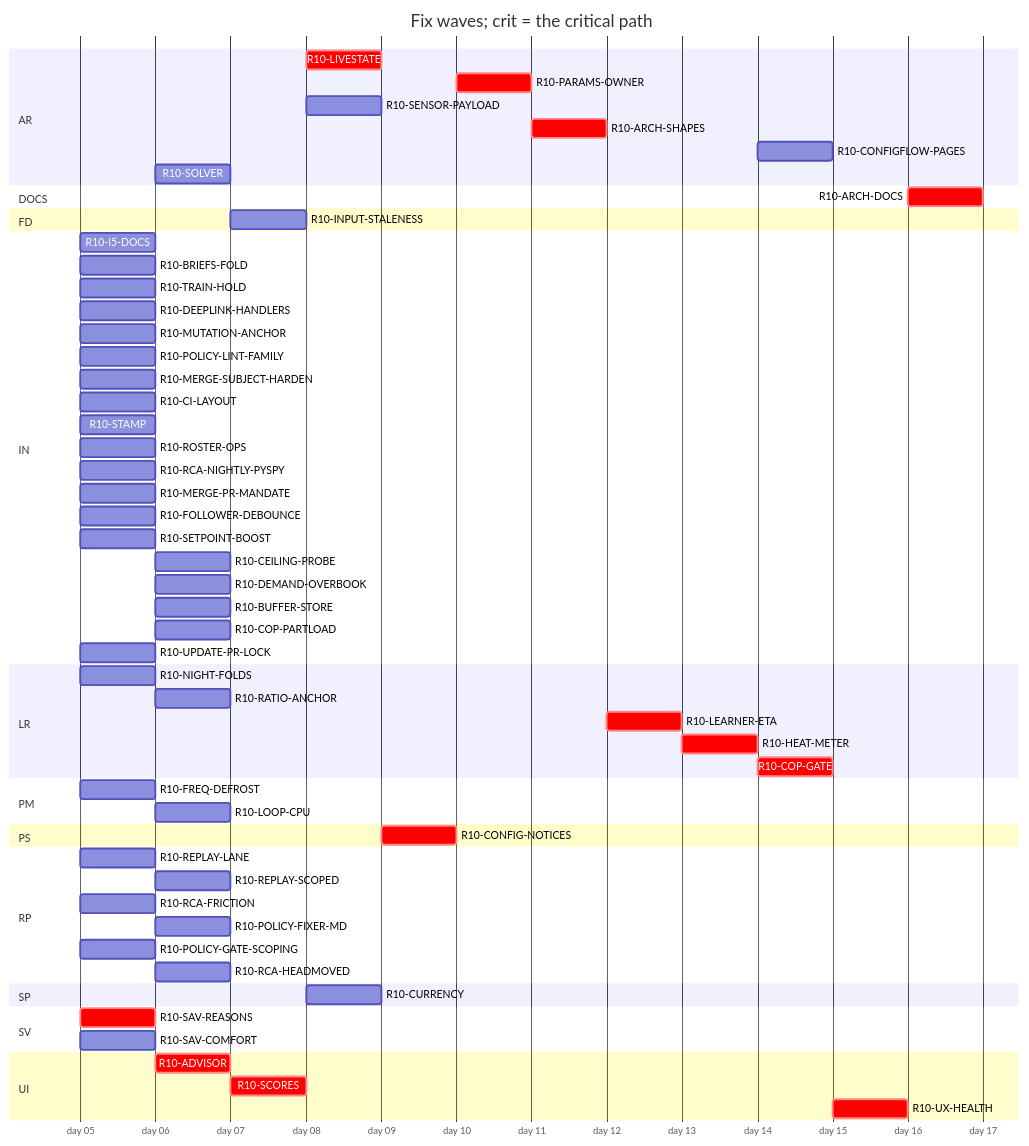
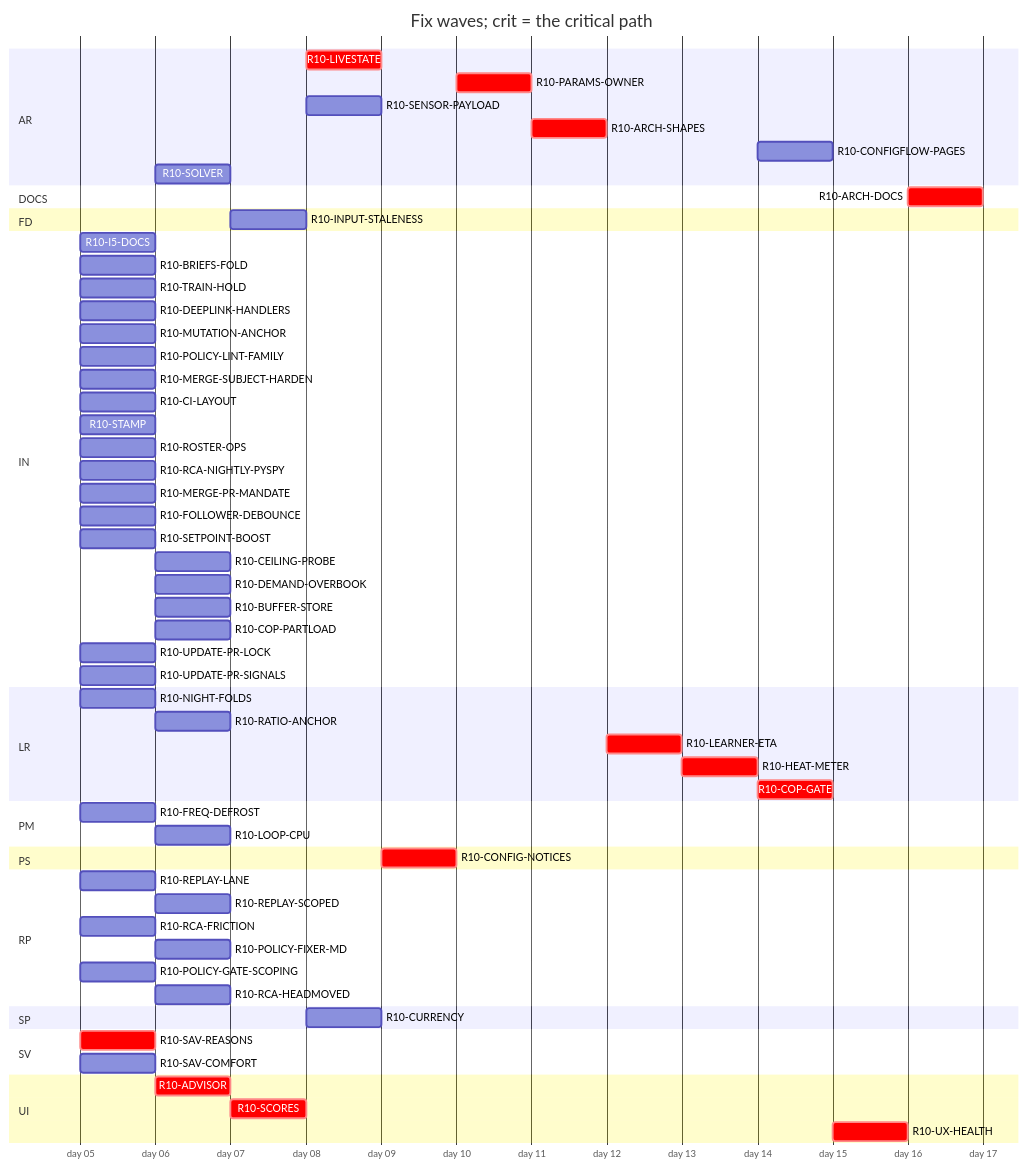
The diagram in handoff/round10/state/PLAN-TABLE.md (tvofi/heatpump_optimizer), drawn with Mermaid before and after one commit. The commit also changed other lines of this file and 2 other files, not shown here.

````diff
--- a/handoff/round10/state/PLAN-TABLE.md
+++ b/handoff/round10/state/PLAN-TABLE.md
@@ -24,64 +24,65 @@
 ```mermaid
 gantt
   title Fix waves; crit = the critical path
   dateFormat YYYY-MM-DD
   axisFormat day %d
   section AR
     R10-LIVESTATE :crit, r10LIVESTATE, after r10SCORES, 1d
     R10-PARAMS-OWNER :crit, r10PARAMSOWNER, after r10CONFIGNOTICES, 1d
     R10-SENSOR-PAYLOAD :r10SENSORPAYLOAD, after r10SCORES, 1d
     R10-ARCH-SHAPES :crit, r10ARCHSHAPES, after r10PARAMSOWNER r10SENSORPAYLOAD r10FREQDEFROST, 1d
     R10-CONFIGFLOW-PAGES :r10CONFIGFLOWPAGES, after r10HEATMETER, 1d
     R10-SOLVER :r10SOLVER, after r10SAVREASONS, 1d
   section DOCS
     R10-ARCH-DOCS :crit, r10ARCHDOCS, after r10NIGHTFOLDS r10RATIOANCHOR r10INPUTSTALENESS r10CURRENCY r10FREQDEFROST r10LOOPCPU r10SAVREASONS r10ADVISOR r10SCORES r10LIVESTATE r10CONFIGNOTICES r10PARAMSOWNER r10SENSORPAYLOAD r10ARCHSHAPES r10LEARNERETA r10HEATMETER r10COPGATE r10UXHEALTH r10CONFIGFLOWPAGES r10SOLVER r10I5DOCS r10BRIEFSFOLD r10REPLAYLANE r10REPLAYSCOPED r10TRAINHOLD r10DEEPLINKHANDLERS, 1d
   section FD
     R10-INPUT-STALENESS :r10INPUTSTALENESS, after r10RATIOANCHOR, 1d
   section IN
     R10-I5-DOCS :r10I5DOCS, 2026-01-05, 1d
     R10-BRIEFS-FOLD :r10BRIEFSFOLD, 2026-01-05, 1d
     R10-TRAIN-HOLD :r10TRAINHOLD, 2026-01-05, 1d
     R10-DEEPLINK-HANDLERS :r10DEEPLINKHANDLERS, 2026-01-05, 1d
     R10-MUTATION-ANCHOR :r10MUTATIONANCHOR, 2026-01-05, 1d
     R10-POLICY-LINT-FAMILY :r10POLICYLINTFAMILY, 2026-01-05, 1d
     R10-MERGE-SUBJECT-HARDEN :r10MERGESUBJECTHARDEN, 2026-01-05, 1d
     R10-CI-LAYOUT :r10CILAYOUT, 2026-01-05, 1d
     R10-STAMP :r10STAMP, 2026-01-05, 1d
     R10-ROSTER-OPS :r10ROSTEROPS, 2026-01-05, 1d
     R10-RCA-NIGHTLY-PYSPY :r10RCANIGHTLYPYSPY, 2026-01-05, 1d
     R10-MERGE-PR-MANDATE :r10MERGEPRMANDATE, 2026-01-05, 1d
     R10-FOLLOWER-DEBOUNCE :r10FOLLOWERDEBOUNCE, 2026-01-05, 1d
     R10-SETPOINT-BOOST :r10SETPOINTBOOST, 2026-01-05, 1d
     R10-CEILING-PROBE :r10CEILINGPROBE, after r10SETPOINTBOOST r10CILAYOUT r10NIGHTFOLDS, 1d
     R10-DEMAND-OVERBOOK :r10DEMANDOVERBOOK, after r10SETPOINTBOOST, 1d
     R10-BUFFER-STORE :r10BUFFERSTORE, after r10SETPOINTBOOST, 1d
     R10-COP-PARTLOAD :r10COPPARTLOAD, after r10SETPOINTBOOST, 1d
     R10-UPDATE-PR-LOCK :r10UPDATEPRLOCK, 2026-01-05, 1d
+    R10-UPDATE-PR-SIGNALS :r10UPDATEPRSIGNALS, 2026-01-05, 1d
   section LR
     R10-NIGHT-FOLDS :r10NIGHTFOLDS, 2026-01-05, 1d
     R10-RATIO-ANCHOR :r10RATIOANCHOR, after r10NIGHTFOLDS, 1d
     R10-LEARNER-ETA :crit, r10LEARNERETA, after r10ARCHSHAPES, 1d
     R10-HEAT-METER :crit, r10HEATMETER, after r10LEARNERETA r10INPUTSTALENESS r10RATIOANCHOR, 1d
     R10-COP-GATE :crit, r10COPGATE, after r10HEATMETER r10SENSORPAYLOAD, 1d
   section PM
     R10-FREQ-DEFROST :r10FREQDEFROST, 2026-01-05, 1d
     R10-LOOP-CPU :r10LOOPCPU, after r10FREQDEFROST, 1d
   section PS
     R10-CONFIG-NOTICES :crit, r10CONFIGNOTICES, after r10LIVESTATE, 1d
   section RP
     R10-REPLAY-LANE :r10REPLAYLANE, 2026-01-05, 1d
     R10-REPLAY-SCOPED :r10REPLAYSCOPED, after r10REPLAYLANE r10TRAINHOLD, 1d
     R10-RCA-FRICTION :r10RCAFRICTION, 2026-01-05, 1d
     R10-POLICY-FIXER-MD :r10POLICYFIXERMD, after r10RCAFRICTION r10BRIEFSFOLD, 1d
     R10-POLICY-GATE-SCOPING :r10POLICYGATESCOPING, 2026-01-05, 1d
     R10-RCA-HEADMOVED :r10RCAHEADMOVED, after r10RCAFRICTION, 1d
   section SP
     R10-CURRENCY :r10CURRENCY, after r10INPUTSTALENESS, 1d
   section SV
     R10-SAV-REASONS :crit, r10SAVREASONS, 2026-01-05, 1d
     R10-SAV-COMFORT :r10SAVCOMFORT, 2026-01-05, 1d
   section UI
     R10-ADVISOR :crit, r10ADVISOR, after r10SAVREASONS, 1d
     R10-SCORES :crit, r10SCORES, after r10ADVISOR, 1d
     R10-UX-HEALTH :crit, r10UXHEALTH, after r10SCORES r10COPGATE r10HEATMETER, 1d
 ```
````
